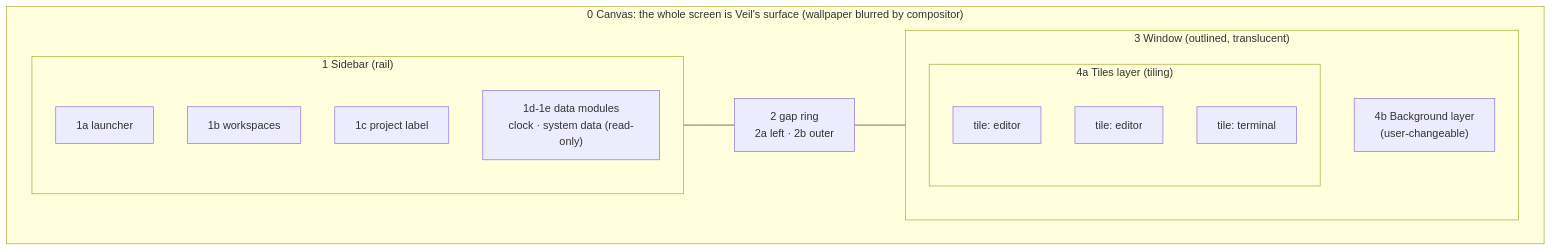
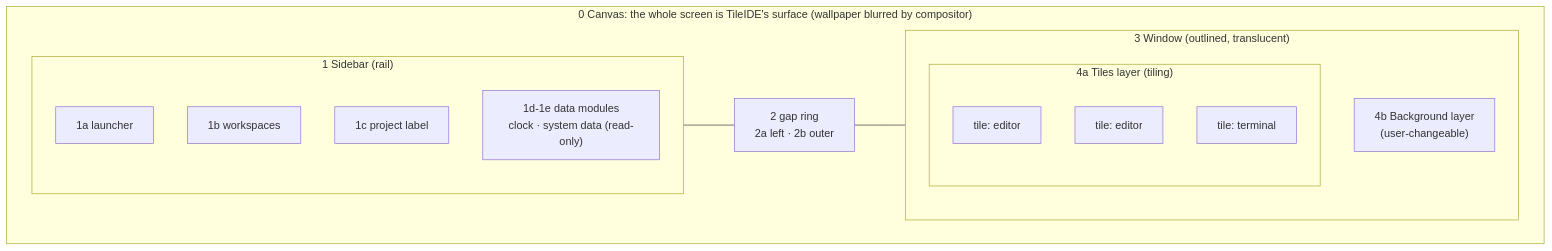
The first of 11 diagrams in project_contexts/project_context.md (fordgarcia/tileIDE), drawn with Mermaid before and after one commit. The commit also changed other lines of this file and 35 other files, not shown here.

````diff
--- a/project_contexts/project_context.md
+++ b/project_contexts/project_context.md
@@ -59,22 +59,22 @@
 ```mermaid
 flowchart LR
-  subgraph SCREEN["0 Canvas: the whole screen is Veil's surface (wallpaper blurred by compositor)"]
+  subgraph SCREEN["0 Canvas: the whole screen is TileIDE's surface (wallpaper blurred by compositor)"]
     direction LR
     subgraph SB["1 Sidebar (rail)"]
       R1["1a launcher"]
       R2["1b workspaces"]
       R3["1c project label"]
       R4["1d-1e data modules<br/>clock · system data (read-only)"]
     end
     GAP["2 gap ring<br/>2a left · 2b outer"]
     subgraph WIN["3 Window (outlined, translucent)"]
       BGL["4b Background layer<br/>(user-changeable)"]
       subgraph CODE["4a Tiles layer (tiling)"]
         T1["tile: editor"]
         T2["tile: editor"]
         T3["tile: terminal"]
       end
     end
     SB --- GAP --- WIN
   end
 ```
````
